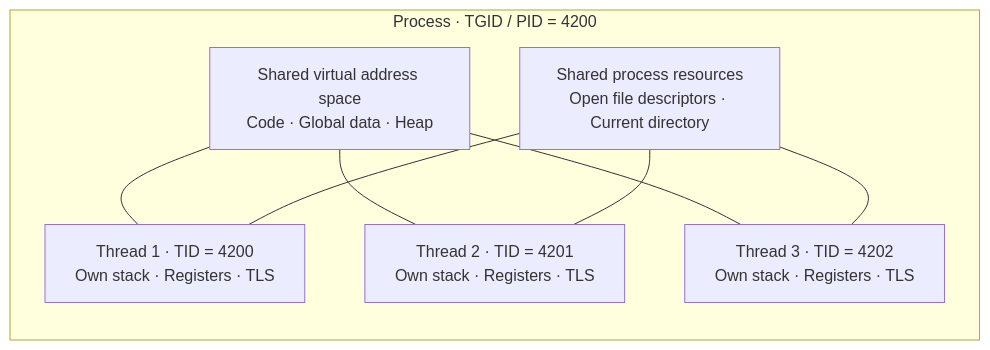
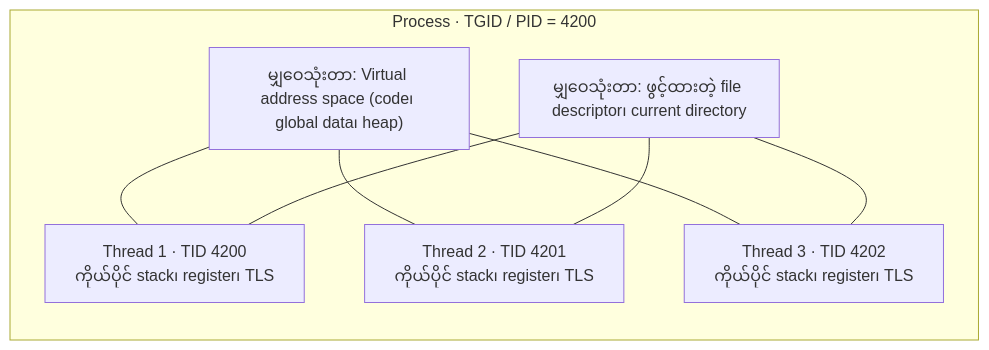
Before and after one commit to yul1ux/linux-containers-under-the-hood: the second of 9 diagrams in docs/part-01-fundamentals/chapter-02-linux-processes-and-system-calls.md, drawn with Mermaid. The commit also changed other lines of this file, not shown here.

````diff
--- a/docs/part-01-fundamentals/chapter-02-linux-processes-and-system-calls.md
+++ b/docs/part-01-fundamentals/chapter-02-linux-processes-and-system-calls.md
@@ -93,17 +75,17 @@
 ```mermaid
 flowchart TB
-    subgraph PROCESS["Process · TGID / PID = 4200"]
-        direction TB
-        VM["Shared virtual address space<br/>Code · Global data · Heap"]
-        FD["Shared process resources<br/>Open file descriptors · Current directory"]
-        T1["Thread 1 · TID = 4200<br/>Own stack · Registers · TLS"]
-        T2["Thread 2 · TID = 4201<br/>Own stack · Registers · TLS"]
-        T3["Thread 3 · TID = 4202<br/>Own stack · Registers · TLS"]
-        VM --- T1
-        VM --- T2
-        VM --- T3
-        FD --- T1
-        FD --- T2
-        FD --- T3
-    end
+  subgraph PROCESS["Process · TGID / PID = 4200"]
+    direction TB
+    VM["မျှဝေသုံးတာ: Virtual address space (code၊ global data၊ heap)"]
+    FD["မျှဝေသုံးတာ: ဖွင့်ထားတဲ့ file descriptor၊ current directory"]
+    T1["Thread 1 · TID 4200<br/>ကိုယ်ပိုင် stack၊ register၊ TLS"]
+    T2["Thread 2 · TID 4201<br/>ကိုယ်ပိုင် stack၊ register၊ TLS"]
+    T3["Thread 3 · TID 4202<br/>ကိုယ်ပိုင် stack၊ register၊ TLS"]
+    VM --- T1
+    VM --- T2
+    VM --- T3
+    FD --- T1
+    FD --- T2
+    FD --- T3
+  end
 ```
````
